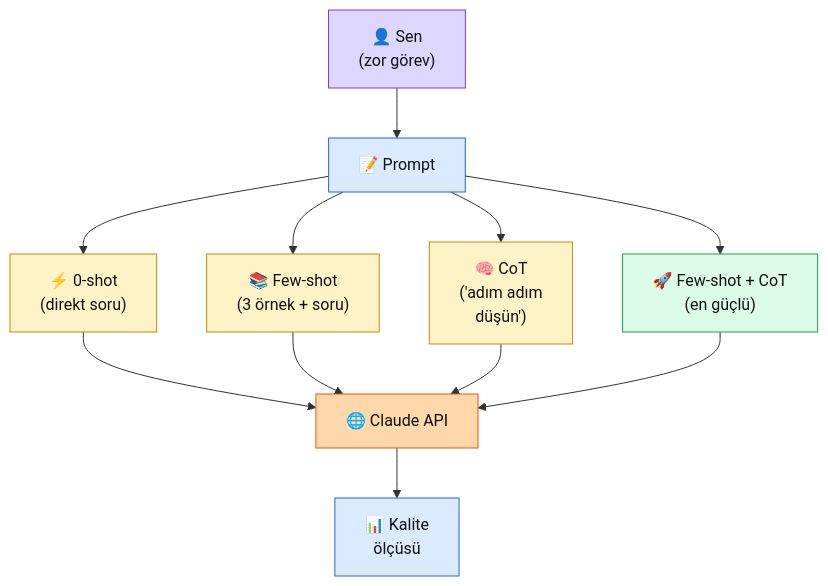
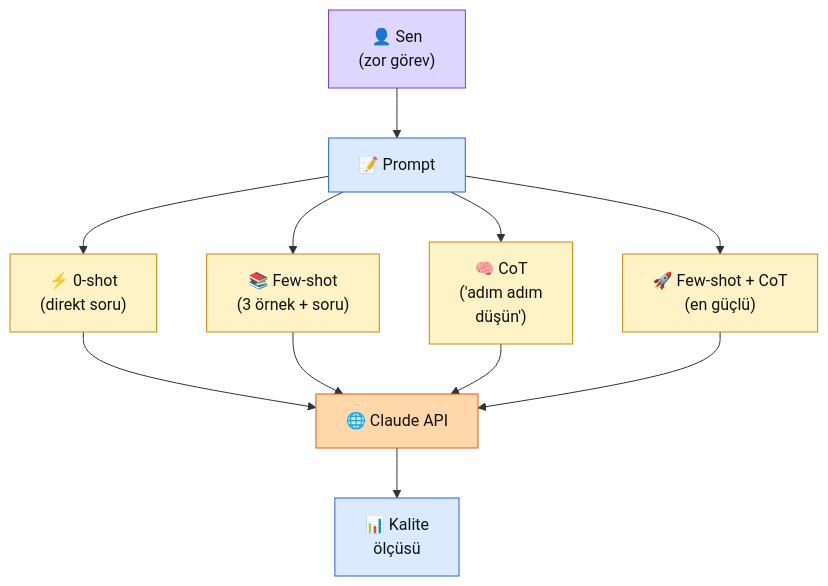
One commit to KemalG-u/muhendisal-platform changed the diagram in docs/bolum-2/05-few-shot-cot.md. Above: the diagram before and after it, drawn with Mermaid. The commit also changed other lines of this file and 8 other files, not shown here.

````diff
--- a/docs/bolum-2/05-few-shot-cot.md
+++ b/docs/bolum-2/05-few-shot-cot.md
@@ -38,29 +39,29 @@
 ```mermaid
 flowchart TB
   S["👤 Sen\n(zor görev)"]
   PROMPT["📝 Prompt"]
   Z["⚡ 0-shot\n(direkt soru)"]
   F["📚 Few-shot\n(3 örnek + soru)"]
   C["🧠 CoT\n('adım adım\ndüşün')"]
   FC["🚀 Few-shot + CoT\n(en güçlü)"]
   API["🌐 Claude API"]
   Q["📊 Kalite\nölçüsü"]
 
   S --> PROMPT
   PROMPT --> Z --> API
   PROMPT --> F --> API
   PROMPT --> C --> API
   PROMPT --> FC --> API
   API --> Q
 
   classDef sen fill:#ddd6fe,stroke:#7c3aed,color:#111
   classDef pr fill:#dbeafe,stroke:#2563eb,color:#111
   classDef teknik fill:#fef3c7,stroke:#ca8a04,color:#111
-  classDef best fill:#dcfce7,stroke:#16a34a,color:#111
+  classDef best fill:#fef3c7,stroke:#ca8a04,color:#111
   classDef uzak fill:#fed7aa,stroke:#ea580c,color:#111
   class S sen
   class PROMPT,Q pr
   class Z,F,C teknik
   class FC best
   class API uzak
 ```
````
